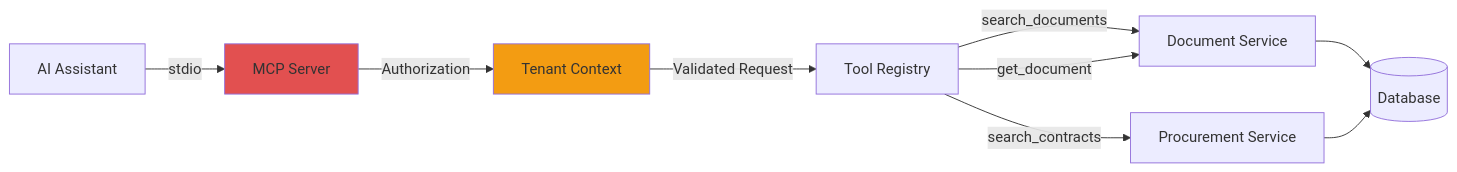
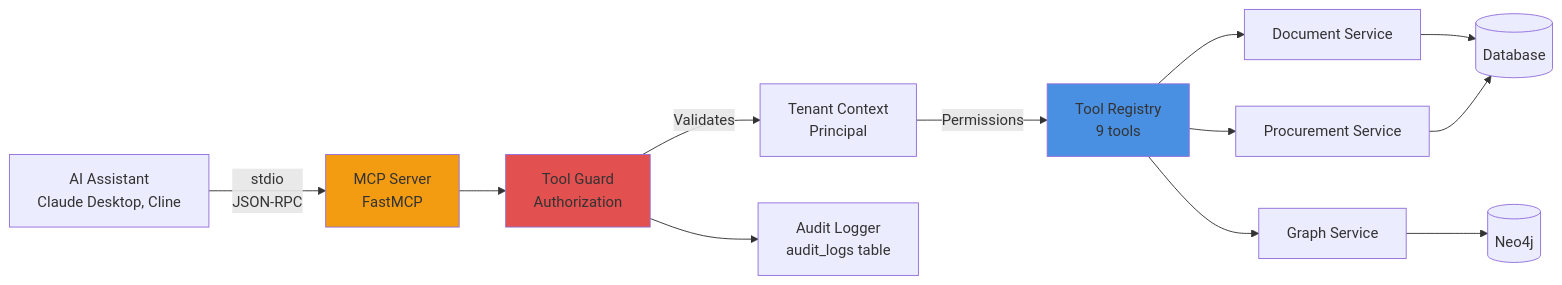
Before and after one commit to Krish-afk-bot/enterprise-procurement-intelligence: the fifth of 6 diagrams in README.md, drawn with Mermaid. The commit also changed other lines of this file and 1 other file, not shown here.

First line of the commit message:
docs: complete master technical audit and README redesign

````diff
--- a/README.md
+++ b/README.md
@@ -374,14 +549,18 @@
 ```mermaid
 graph LR
-    Client[AI Assistant] -->|stdio| MCP[MCP Server]
-    MCP -->|Authorization| Auth[Tenant Context]
-    Auth -->|Validated Request| Tools[Tool Registry]
-    Tools -->|search_documents| DocService[Document Service]
-    Tools -->|get_document| DocService
-    Tools -->|search_contracts| ProcService[Procurement Service]
-    DocService --> DB[(Database)]
-    ProcService --> DB
+    Client[AI Assistant<br/>Claude Desktop, Cline] -->|stdio<br/>JSON-RPC| MCP[MCP Server<br/>FastMCP]
+    MCP --> Guard[Tool Guard<br/>Authorization]
+    Guard -->|Validates| Tenant[Tenant Context<br/>Principal]
+    Tenant -->|Permissions| Tools[Tool Registry<br/>9 tools]
+    Tools --> DocSvc[Document Service]
+    Tools --> ProcSvc[Procurement Service]
+    Tools --> GraphSvc[Graph Service]
+    DocSvc --> DB[(Database)]
+    ProcSvc --> DB
+    GraphSvc --> Neo[(Neo4j)]
+    Guard --> Audit[Audit Logger<br/>audit_logs table]
     
-    style MCP fill:#e25050
-    style Auth fill:#f39c12
+    style MCP fill:#f39c12
+    style Guard fill:#e25050
+    style Tools fill:#4a90e2
 ```
````
